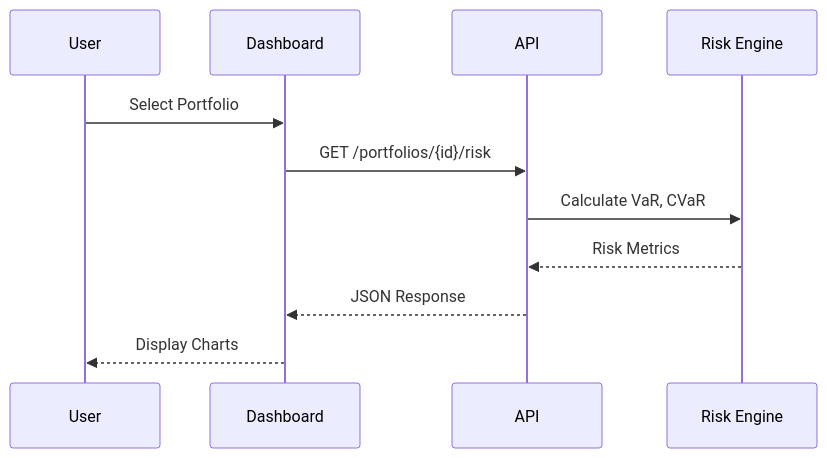
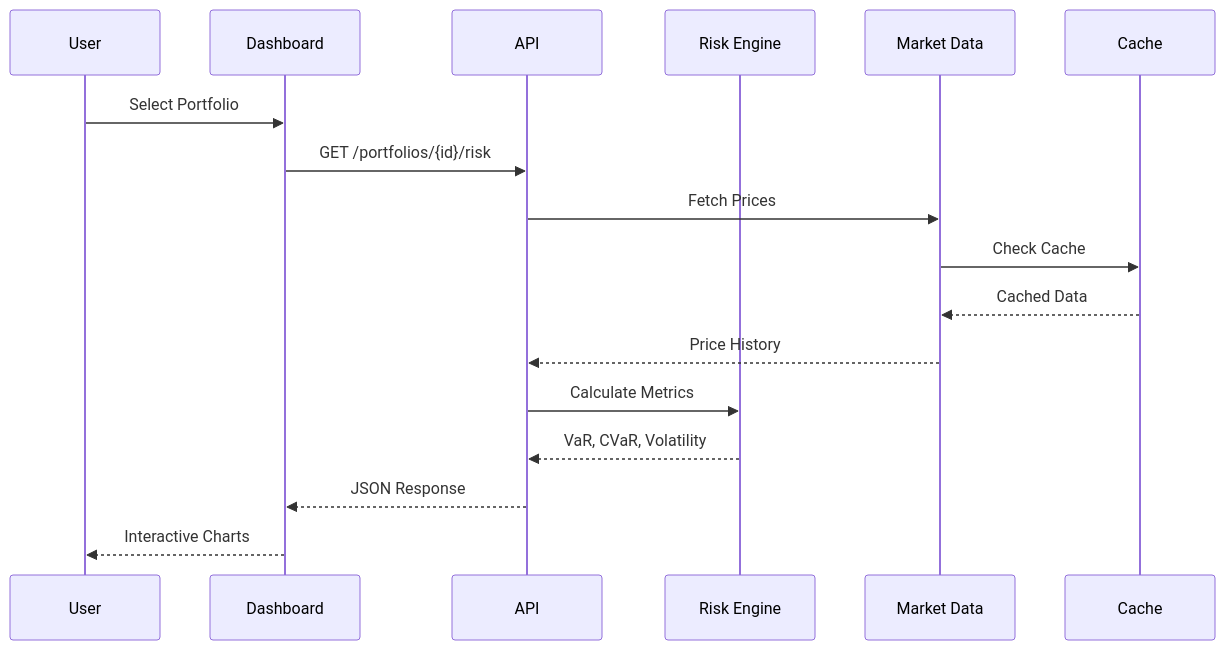
One commit to bfozone/cerberusrisk changed the second of 2 diagrams in dashboard/src/docs/overview.md. Above: the diagram before and after it, drawn with Mermaid. The commit also changed other lines of this file and 8 other files, not shown here.

````diff
--- a/dashboard/src/docs/overview.md
+++ b/dashboard/src/docs/overview.md
@@ -43,14 +78,20 @@
 ```mermaid
 sequenceDiagram
     participant U as User
     participant D as Dashboard
     participant A as API
     participant R as Risk Engine
+    participant M as Market Data
+    participant C as Cache
 
     U->>D: Select Portfolio
     D->>A: GET /portfolios/{id}/risk
-    A->>R: Calculate VaR, CVaR
-    R-->>A: Risk Metrics
+    A->>M: Fetch Prices
+    M->>C: Check Cache
+    C-->>M: Cached Data
+    M-->>A: Price History
+    A->>R: Calculate Metrics
+    R-->>A: VaR, CVaR, Volatility
     A-->>D: JSON Response
-    D-->>U: Display Charts
+    D-->>U: Interactive Charts
 ```
````
